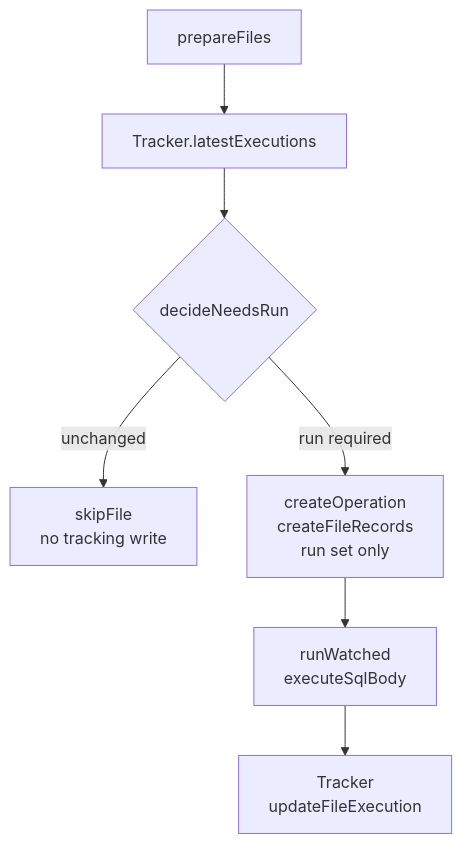
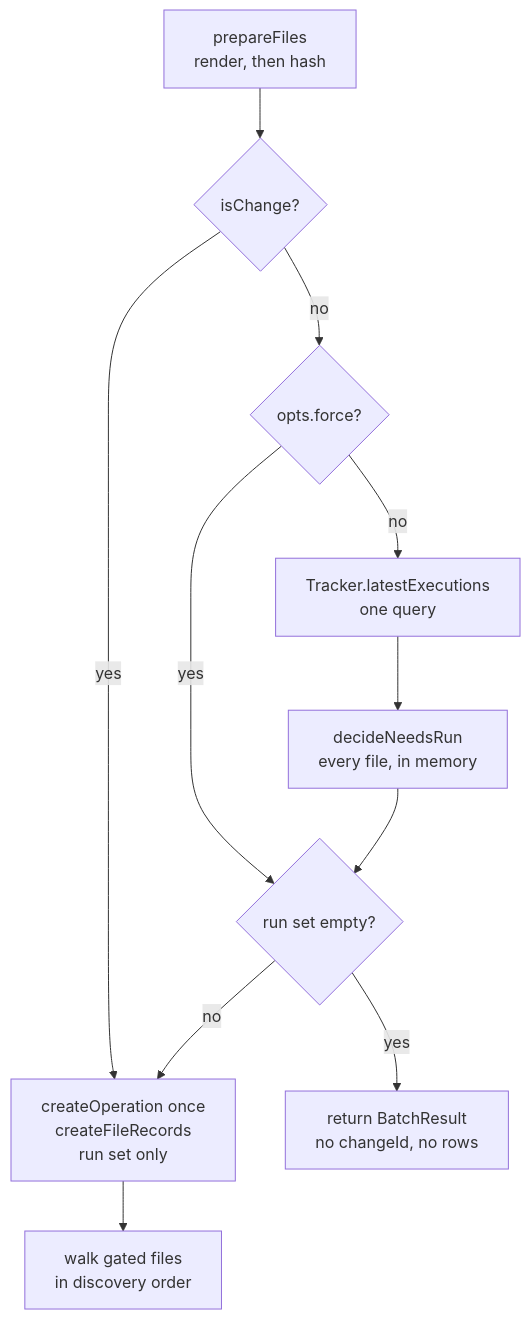
Before and after one commit to noormdev/noorm: the first of 10 diagrams in docs/wiki/core-runner.md, drawn with Mermaid. The commit also changed other lines of this file and 349 other files, not shown here.

````diff
--- a/docs/wiki/core-runner.md
+++ b/docs/wiki/core-runner.md
@@ -21,10 +25,14 @@
 ```mermaid
 flowchart TD
-    %% source: src/core/runner/runner.ts, src/core/runner/tracker.ts
-    A["prepareFiles"] --> B["Tracker.latestExecutions"]
-    B --> C{"decideNeedsRun"}
-    C -->|"unchanged"| E["skipFile<br/>no tracking write"]
-    C -->|"run required"| F["createOperation<br/>createFileRecords<br/>run set only"]
-    F --> D["runWatched<br/>executeSqlBody"]
-    D --> G["Tracker<br/>updateFileExecution"]
+    %% source: src/core/runner/runner.ts, tracker.ts
+    A["prepareFiles<br/>render, then hash"] --> X{"isChange?"}
+    X -->|yes| H
+    X -->|no| B{"opts.force?"}
+    B -->|yes| F{"run set empty?"}
+    B -->|no| C["Tracker.latestExecutions<br/>one query"]
+    C --> D["decideNeedsRun<br/>every file, in memory"]
+    D --> F
+    F -->|yes| G["return BatchResult<br/>no changeId, no rows"]
+    F -->|no| H["createOperation once<br/>createFileRecords<br/>run set only"]
+    H --> I["walk gated files<br/>in discovery order"]
 ```
````
